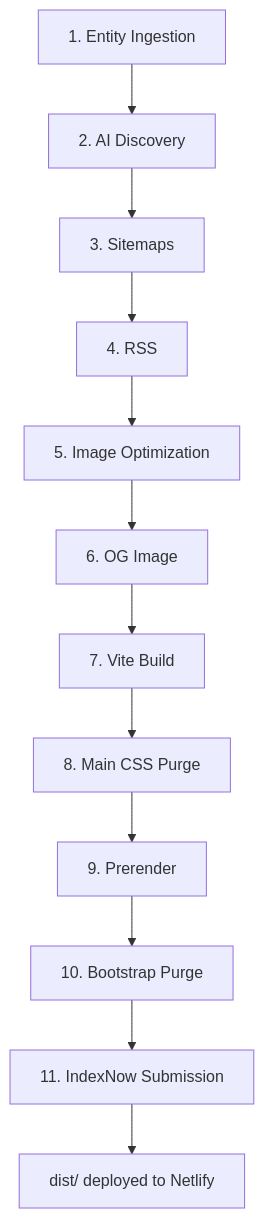
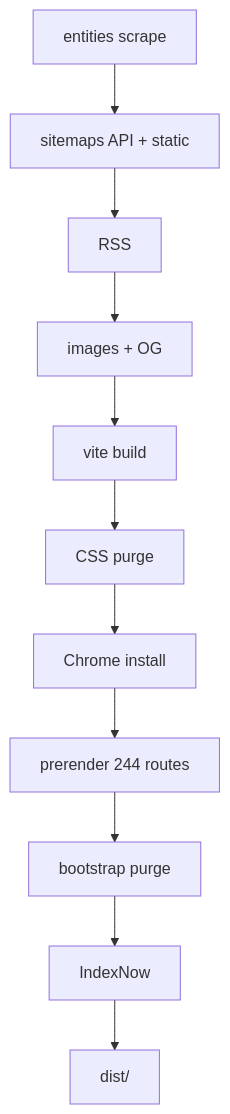
Before and after one commit to 360ghar/frontend: the second of 2 diagrams in .wiki/build/Build-Pipeline.md, drawn with Mermaid. The commit also changed other lines of this file and 42 other files, not shown here.

First line of the commit message:
ci: move production build to GitHub Actions and make Netlify previews fast

````diff
--- a/.wiki/build/Build-Pipeline.md
+++ b/.wiki/build/Build-Pipeline.md
@@ -142,14 +55,13 @@
 ```mermaid
 flowchart TD
-    S1[1. Entity Ingestion] --> S2[2. AI Discovery]
-    S2 --> S3[3. Sitemaps]
-    S3 --> S4[4. RSS]
-    S4 --> S5[5. Image Optimization]
-    S5 --> S6[6. OG Image]
-    S6 --> S7[7. Vite Build]
-    S7 --> S8[8. Main CSS Purge]
-    S8 --> S9[9. Prerender]
-    S9 --> S10[10. Bootstrap Purge]
-    S10 --> S11[11. IndexNow Submission]
-    S11 --> Dist[dist/ deployed to Netlify]
+  C1[entities scrape] --> C2[sitemaps API + static]
+  C2 --> C3[RSS]
+  C3 --> C4[images + OG]
+  C4 --> C5[vite build]
+  C5 --> C6[CSS purge]
+  C6 --> C7[Chrome install]
+  C7 --> C8[prerender 244 routes]
+  C8 --> C9[bootstrap purge]
+  C9 --> C10[IndexNow]
+  C10 --> Dist[dist/]
 ```
````
